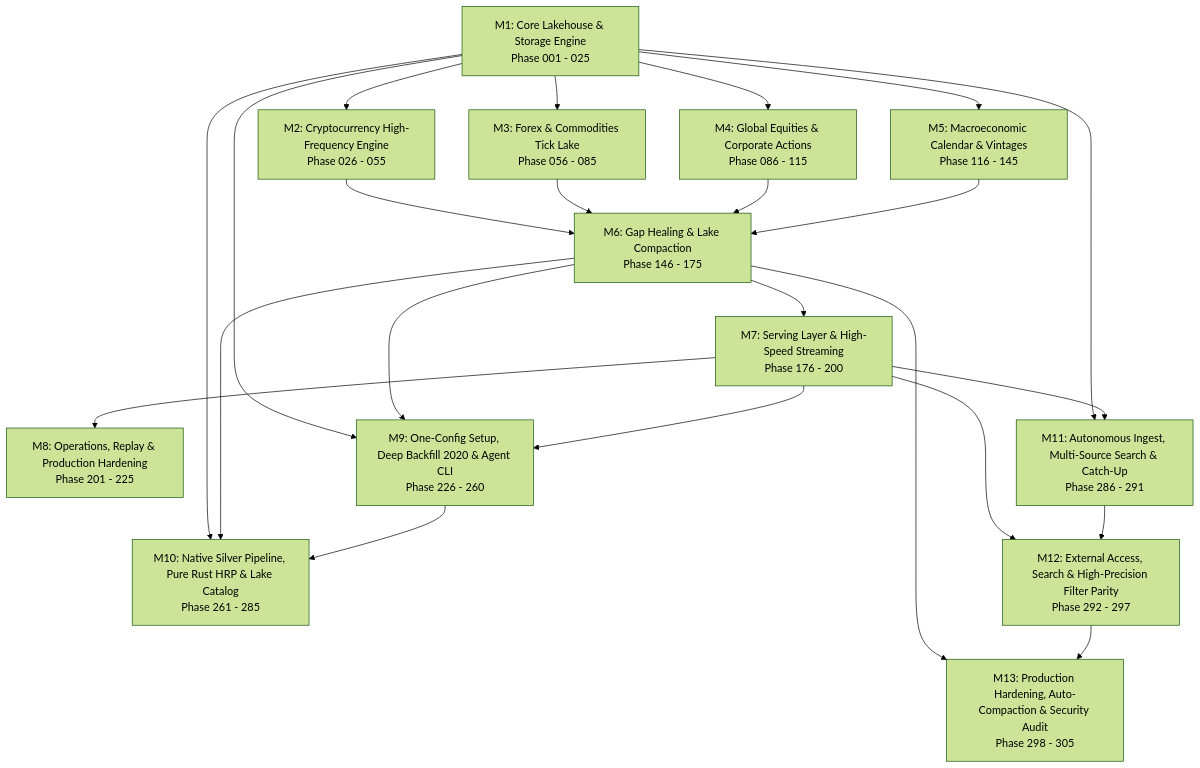
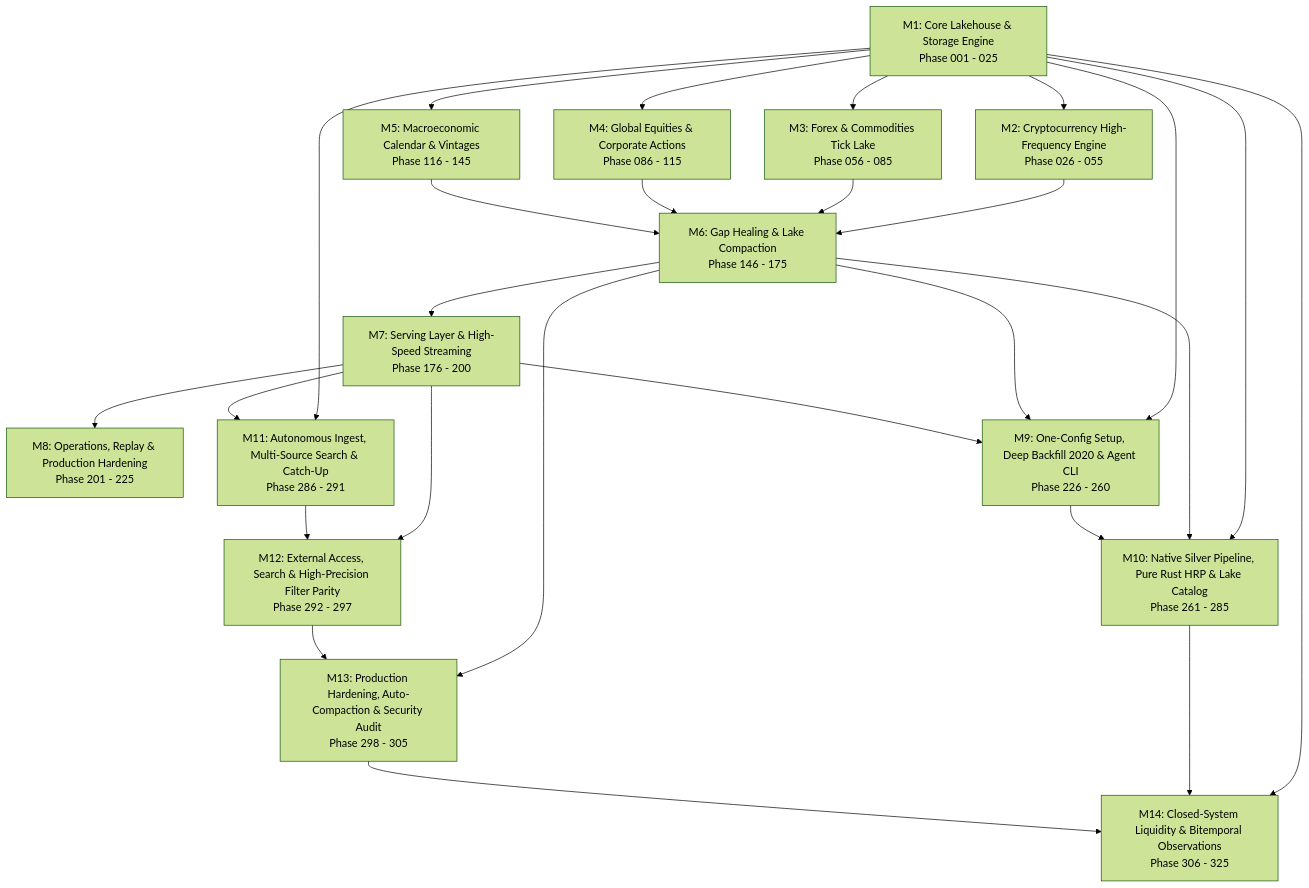
One commit to ihkaru/economy-aggregator changed the diagram in docs/roadmap/ROADMAP.md. Above: the diagram before and after it, drawn with Mermaid (forest theme). The commit also changed other lines of this file and 48 other files, not shown here.

Commit message:
feat(m14): implement bitemporal canonical observations, zero-key liquidity connectors, and strict source-purity guardrails

````diff
--- a/docs/roadmap/ROADMAP.md
+++ b/docs/roadmap/ROADMAP.md
@@ -13,15 +13,16 @@
 ```mermaid
 flowchart TD
     M1[M1: Core Lakehouse & Storage Engine<br/>Phase 001 - 025] --> M2[M2: Cryptocurrency High-Frequency Engine<br/>Phase 026 - 055]
     M1 --> M3[M3: Forex & Commodities Tick Lake<br/>Phase 056 - 085]
     M1 --> M4[M4: Global Equities & Corporate Actions<br/>Phase 086 - 115]
     M1 --> M5[M5: Macroeconomic Calendar & Vintages<br/>Phase 116 - 145]
     M2 & M3 & M4 & M5 --> M6[M6: Gap Healing & Lake Compaction<br/>Phase 146 - 175]
     M6 --> M7[M7: Serving Layer & High-Speed Streaming<br/>Phase 176 - 200]
     M7 --> M8[M8: Operations, Replay & Production Hardening<br/>Phase 201 - 225]
     M1 & M6 & M7 --> M9[M9: One-Config Setup, Deep Backfill 2020 & Agent CLI<br/>Phase 226 - 260]
     M1 & M6 & M9 --> M10[M10: Native Silver Pipeline, Pure Rust HRP & Lake Catalog<br/>Phase 261 - 285]
     M1 & M7 --> M11[M11: Autonomous Ingest, Multi-Source Search & Catch-Up<br/>Phase 286 - 291]
     M7 & M11 --> M12[M12: External Access, Search & High-Precision Filter Parity<br/>Phase 292 - 297]
     M6 & M12 --> M13[M13: Production Hardening, Auto-Compaction & Security Audit<br/>Phase 298 - 305]
+    M1 & M10 & M13 --> M14[M14: Closed-System Liquidity & Bitemporal Observations<br/>Phase 306 - 325]
 ```
````
